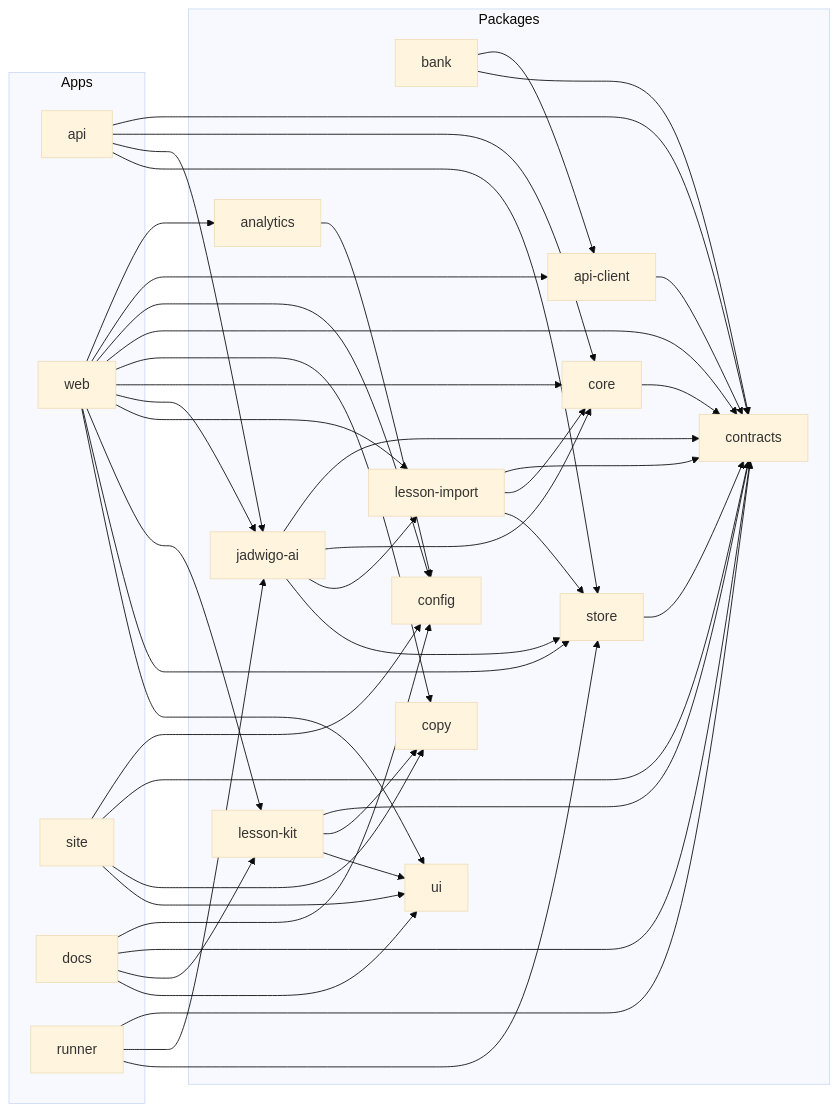
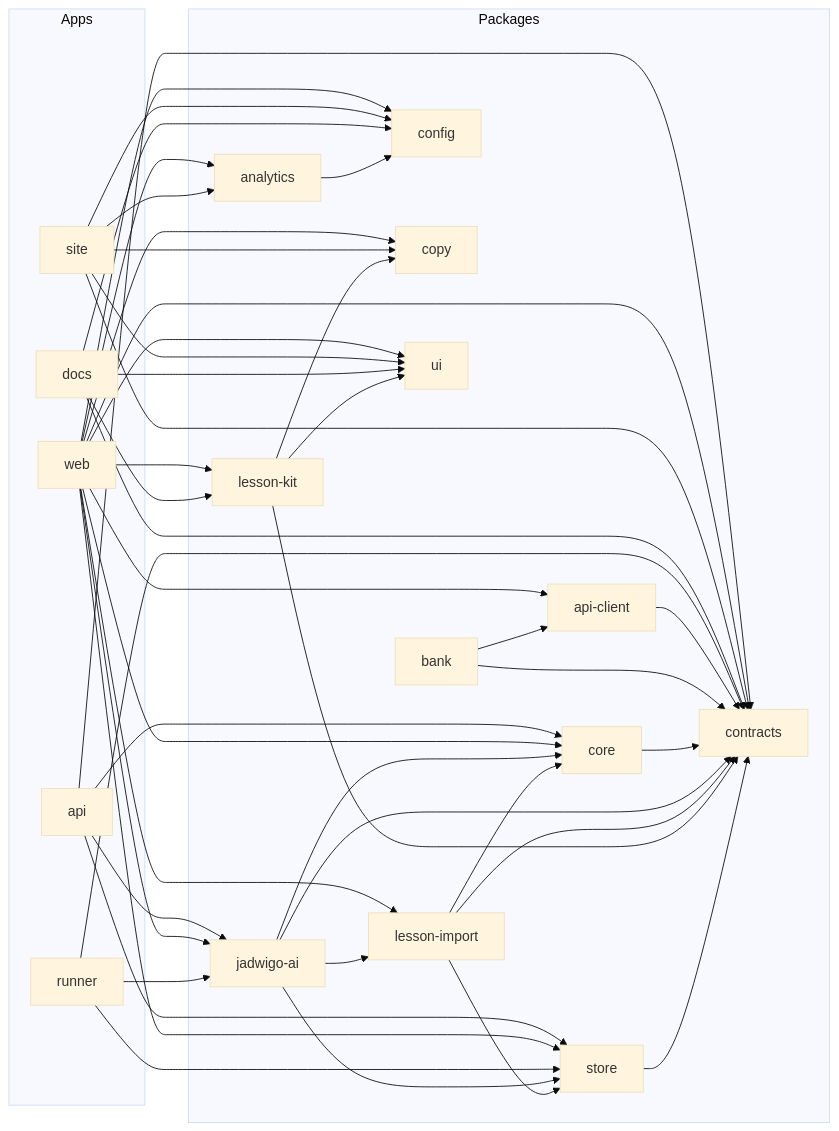
Before and after one commit to vasyl-stanislavchuk/jadwigo-hackathon: the diagram in apps/docs/src/content/docs/architecture/monorepo.md, drawn with Mermaid (base theme). The commit also changed 31 other files, not shown here.

````diff
--- a/apps/docs/src/content/docs/architecture/monorepo.md
+++ b/apps/docs/src/content/docs/architecture/monorepo.md
@@ -20,66 +20,67 @@
 ```mermaid
 flowchart LR
   subgraph apps [Apps]
     api
     web
     site
     docs
     runner
   end
   subgraph packages [Packages]
     analytics
     api_client["api-client"]
     bank
     config
     contracts
     copy
     core
     jadwigo_ai["jadwigo-ai"]
     lesson_import["lesson-import"]
     lesson_kit["lesson-kit"]
     store
     ui
   end
   api --> contracts
   api --> core
   api --> jadwigo_ai
   api --> store
   web --> analytics
   web --> api_client
   web --> config
   web --> contracts
   web --> copy
   web --> core
   web --> jadwigo_ai
   web --> lesson_import
   web --> lesson_kit
   web --> store
   web --> ui
+  site --> analytics
   site --> config
   site --> contracts
   site --> copy
   site --> ui
   docs --> config
   docs --> contracts
   docs --> lesson_kit
   docs --> ui
   runner --> contracts
   runner --> jadwigo_ai
   runner --> store
   analytics --> config
   api_client --> contracts
   bank --> api_client
   bank --> contracts
   core --> contracts
   jadwigo_ai --> contracts
   jadwigo_ai --> core
   jadwigo_ai --> lesson_import
   jadwigo_ai --> store
   lesson_import --> contracts
   lesson_import --> core
   lesson_import --> store
   lesson_kit --> contracts
   lesson_kit --> copy
   lesson_kit --> ui
   store --> contracts
 ```
````
